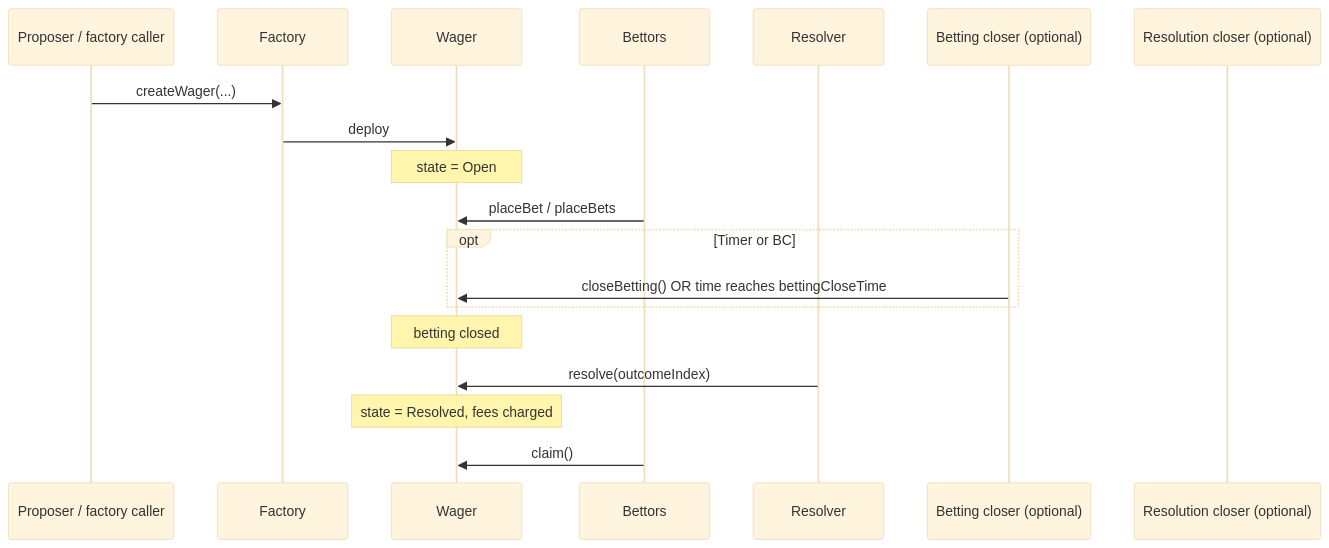
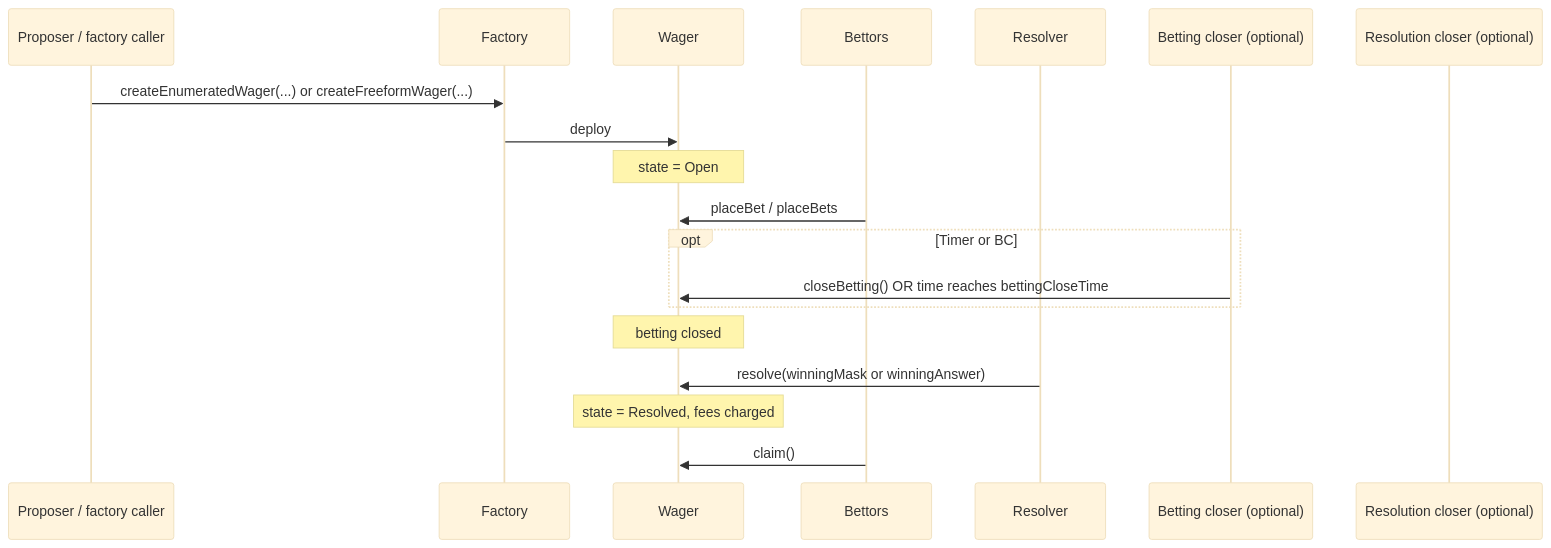
The third of 3 diagrams in docs/WAGER-LIFECYCLE.md (autarkenterprises/paramutuel), drawn with Mermaid (base theme) before and after one commit. The commit also changed other lines of this file and 26 other files, not shown here.

First line of the commit message:
fix(deploy): restore hosted propose flow; add CI; repair broken ops paths (ADR-0020)

````diff
--- a/docs/WAGER-LIFECYCLE.md
+++ b/docs/WAGER-LIFECYCLE.md
@@ -155,22 +165,22 @@
 ```mermaid
 sequenceDiagram
     participant P as Proposer / factory caller
     participant F as Factory
     participant W as Wager
     participant B as Bettors
     participant R as Resolver
     participant BC as Betting closer (optional)
     participant RC as Resolution closer (optional)
 
-    P->>F: createWager(...)
+    P->>F: createEnumeratedWager(...) or createFreeformWager(...)
     F->>W: deploy
     Note over W: state = Open
     B->>W: placeBet / placeBets
     opt Timer or BC
         BC->>W: closeBetting() OR time reaches bettingCloseTime
     end
     Note over W: betting closed
-    R->>W: resolve(outcomeIndex)
+    R->>W: resolve(winningMask or winningAnswer)
     Note over W: state = Resolved, fees charged
     B->>W: claim()
 ```
````
